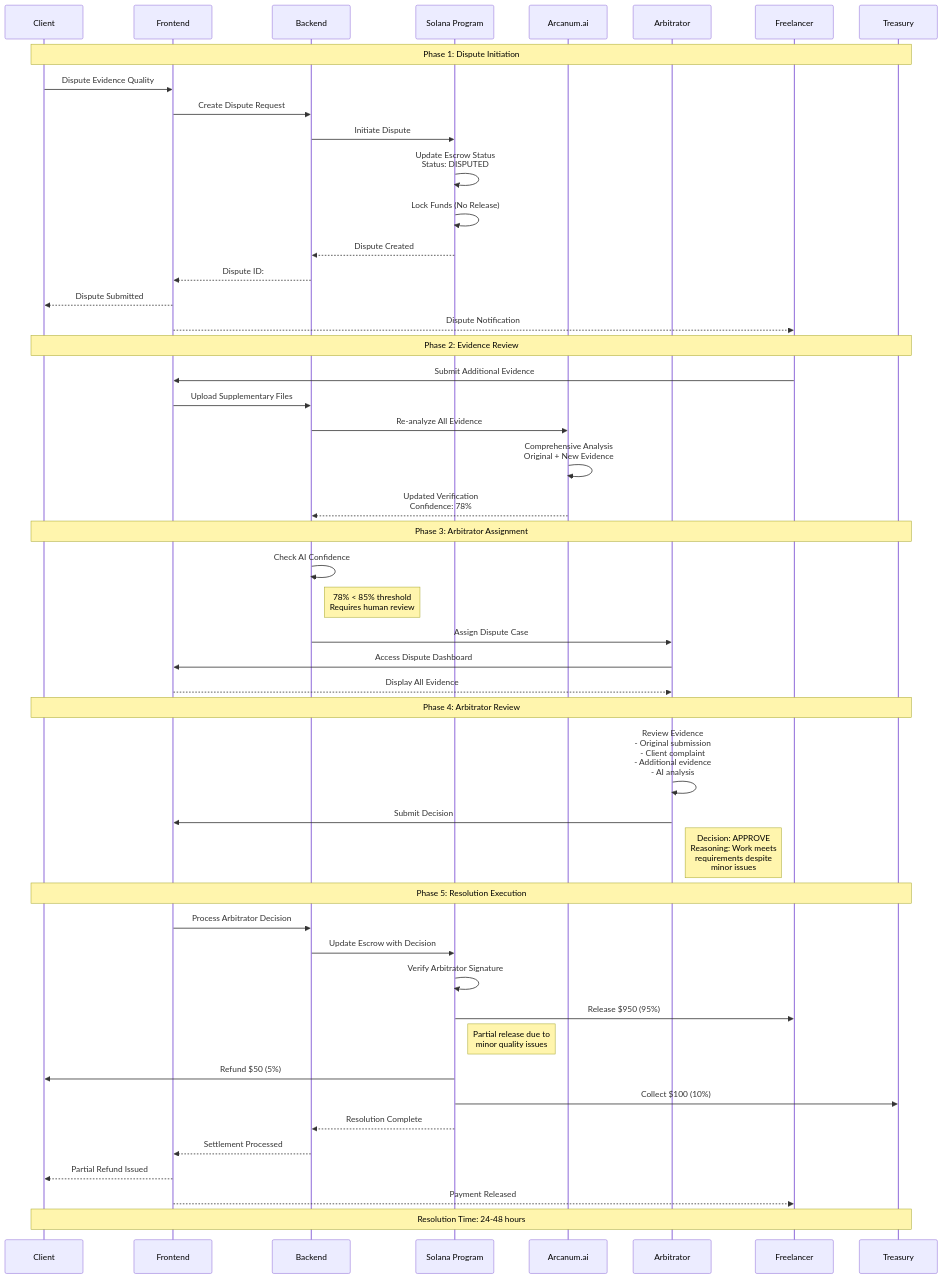
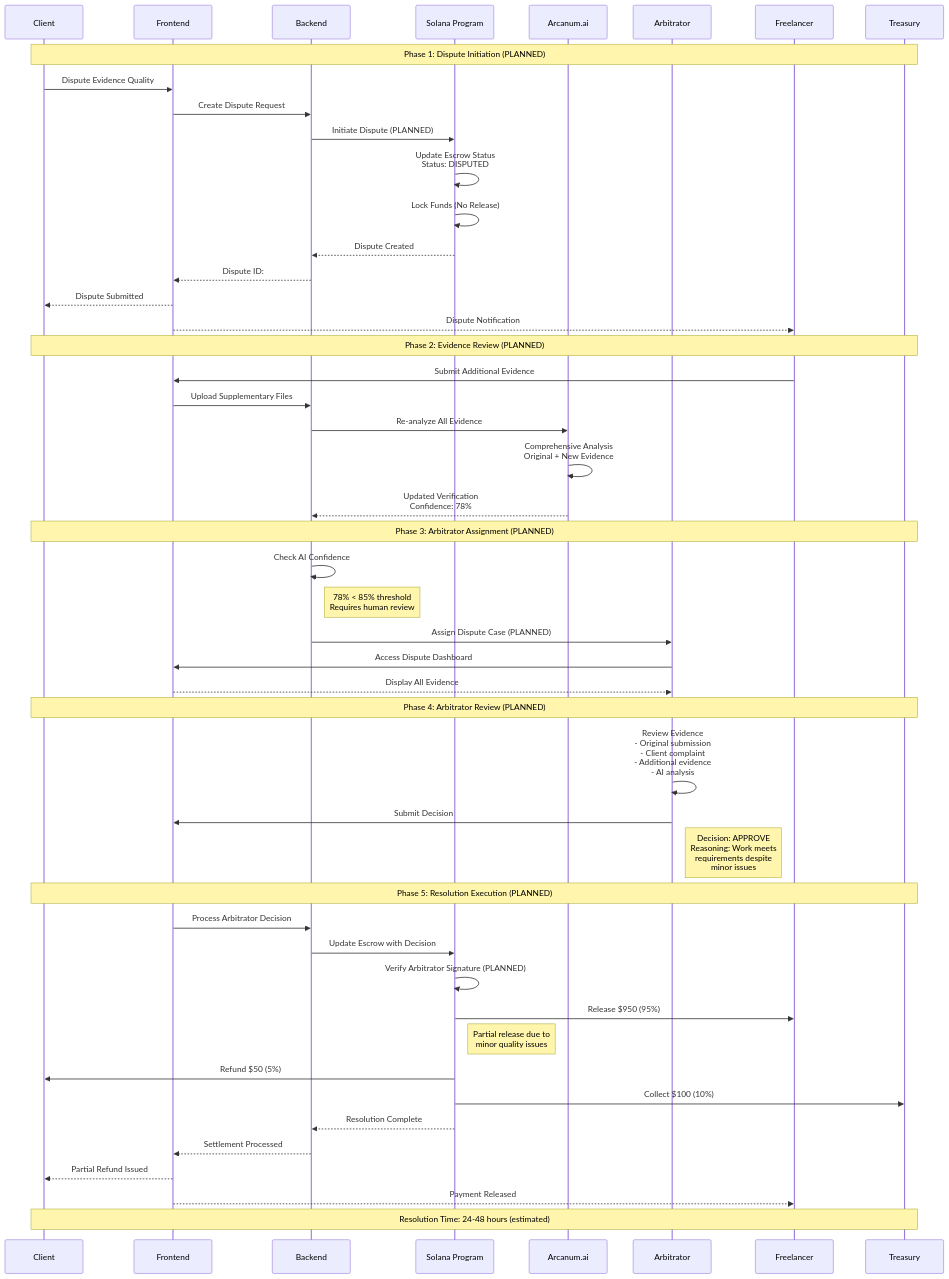
Before and after one commit to De-real-iManuel/aetherlock-docs: the sixth of 8 diagrams in diagrams/sequence-diagrams.md, drawn with Mermaid. The commit also changed other lines of this file and 144 other files, not shown here.

````diff
--- a/diagrams/sequence-diagrams.md
+++ b/diagrams/sequence-diagrams.md
@@ -165,56 +343,56 @@
 ```mermaid
 sequenceDiagram
     participant Client
     participant Frontend
     participant Backend
     participant Solana as Solana Program
     participant AI as Arcanum.ai
     participant Arbitrator
     participant Freelancer
     participant Treasury
     
-    Note over Client,Treasury: Phase 1: Dispute Initiation
+    Note over Client,Treasury: Phase 1: Dispute Initiation (PLANNED)
     Client->>Frontend: Dispute Evidence Quality
     Frontend->>Backend: Create Dispute Request
-    Backend->>Solana: Initiate Dispute
+    Backend->>Solana: Initiate Dispute (PLANNED)
     Solana->>Solana: Update Escrow Status<br/>Status: DISPUTED
     Solana->>Solana: Lock Funds (No Release)
     Solana-->>Backend: Dispute Created
     Backend-->>Frontend: Dispute ID: #789
     Frontend-->>Client: Dispute Submitted
     Frontend-->>Freelancer: Dispute Notification
     
-    Note over Client,Treasury: Phase 2: Evidence Review
+    Note over Client,Treasury: Phase 2: Evidence Review (PLANNED)
     Freelancer->>Frontend: Submit Additional Evidence
     Frontend->>Backend: Upload Supplementary Files
     Backend->>AI: Re-analyze All Evidence
     AI->>AI: Comprehensive Analysis<br/>Original + New Evidence
     AI-->>Backend: Updated Verification<br/>Confidence: 78%
     
-    Note over Client,Treasury: Phase 3: Arbitrator Assignment
+    Note over Client,Treasury: Phase 3: Arbitrator Assignment (PLANNED)
     Backend->>Backend: Check AI Confidence
     Note right of Backend: 78% < 85% threshold<br/>Requires human review
-    Backend->>Arbitrator: Assign Dispute Case
+    Backend->>Arbitrator: Assign Dispute Case (PLANNED)
     Arbitrator->>Frontend: Access Dispute Dashboard
     Frontend-->>Arbitrator: Display All Evidence
     
-    Note over Client,Treasury: Phase 4: Arbitrator Review
+    Note over Client,Treasury: Phase 4: Arbitrator Review (PLANNED)
     Arbitrator->>Arbitrator: Review Evidence<br/>- Original submission<br/>- Client complaint<br/>- Additional evidence<br/>- AI analysis
     Arbitrator->>Frontend: Submit Decision
     Note right of Arbitrator: Decision: APPROVE<br/>Reasoning: Work meets<br/>requirements despite<br/>minor issues
     
-    Note over Client,Treasury: Phase 5: Resolution Execution
+    Note over Client,Treasury: Phase 5: Resolution Execution (PLANNED)
     Frontend->>Backend: Process Arbitrator Decision
     Backend->>Solana: Update Escrow with Decision
-    Solana->>Solana: Verify Arbitrator Signature
+    Solana->>Solana: Verify Arbitrator Signature (PLANNED)
     Solana->>Freelancer: Release $950 (95%)
     Note right of Solana: Partial release due to<br/>minor quality issues
     Solana->>Client: Refund $50 (5%)
     Solana->>Treasury: Collect $100 (10%)
     Solana-->>Backend: Resolution Complete
     Backend-->>Frontend: Settlement Processed
     Frontend-->>Client: Partial Refund Issued
     Frontend-->>Freelancer: Payment Released
     
-    Note over Client,Treasury: Resolution Time: 24-48 hours
+    Note over Client,Treasury: Resolution Time: 24-48 hours (estimated)
 ```
````
